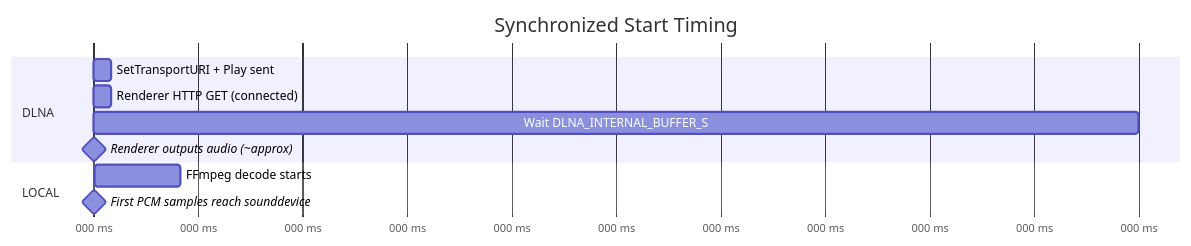
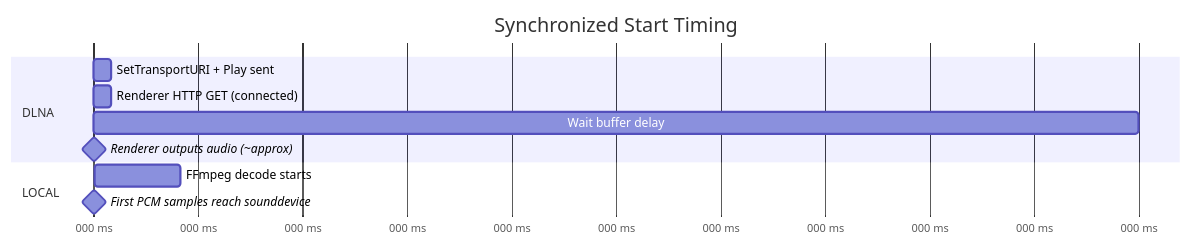
One commit to renesenses/tune-server-linux changed the second of 6 diagrams in docs/multi-room.md. Above: the diagram before and after it, drawn with Mermaid. The commit also changed other lines of this file and 16 other files, not shown here.

````diff
--- a/docs/multi-room.md
+++ b/docs/multi-room.md
@@ -54,16 +72,16 @@
 ```mermaid
 gantt
     title Synchronized Start Timing
     dateFormat X
     axisFormat %L ms
 
     section DLNA
     SetTransportURI + Play sent        :dlna1, 0, 50
     Renderer HTTP GET (connected)      :dlna2, 50, 50
-    Wait DLNA_INTERNAL_BUFFER_S        :dlna3, 50, 3000
+    Wait buffer delay                  :dlna3, 50, 3000
     Renderer outputs audio (~approx)   :milestone, 3000, 0
 
     section LOCAL
     FFmpeg decode starts               :local1, 3050, 250
     First PCM samples reach sounddevice :milestone, 3300, 0
 ```
````
